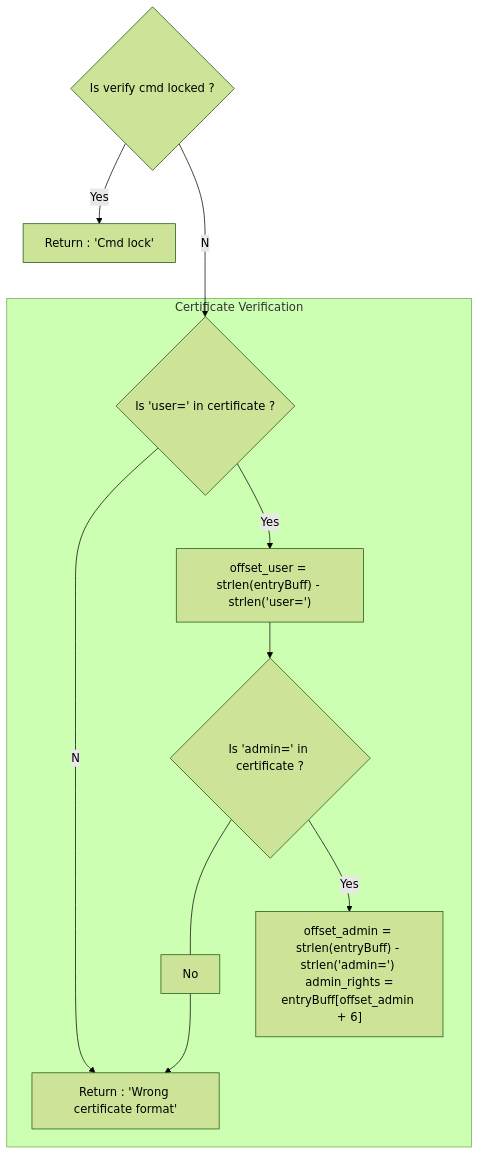
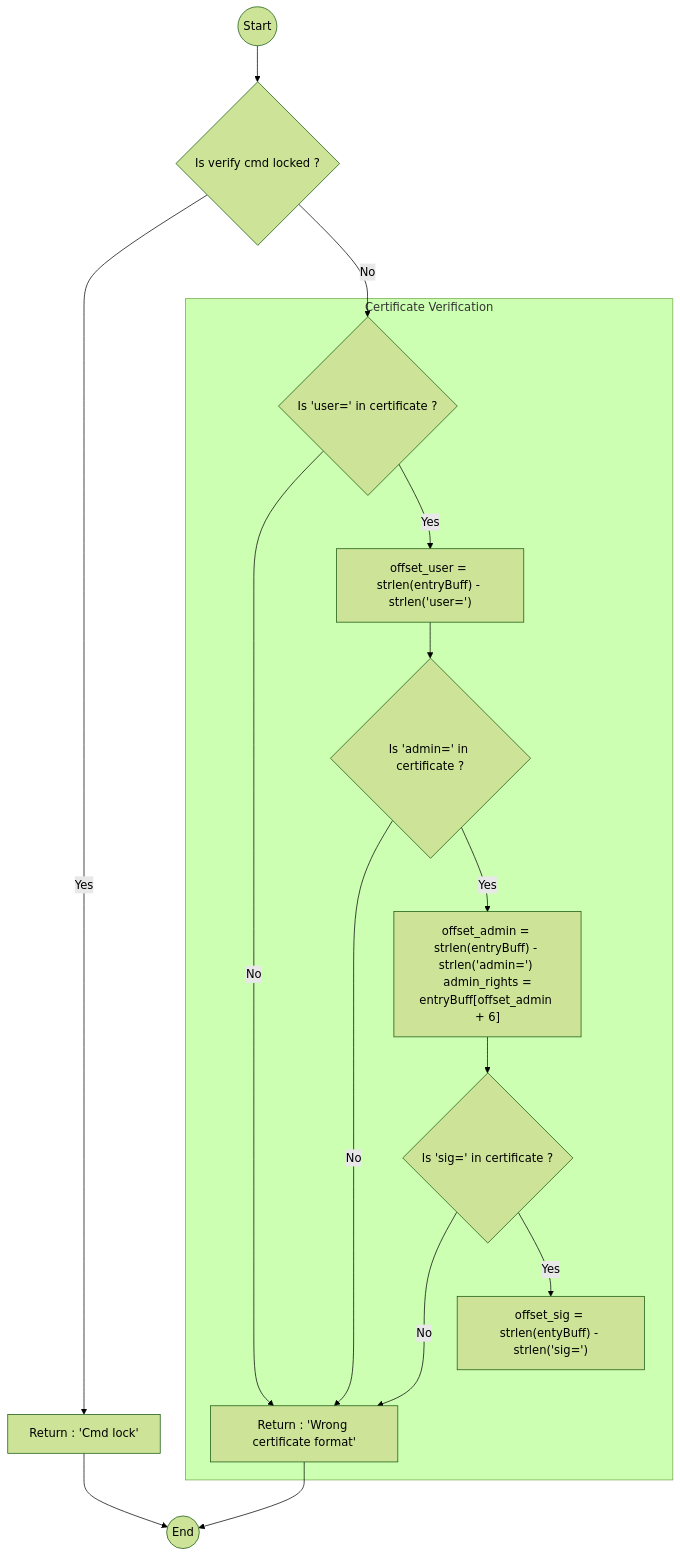
Before and after one commit to younrx/CTF_Irek1: the diagram in README.md, drawn with Mermaid (forest theme).

````diff
--- a/README.md
+++ b/README.md
@@ -180,25 +180,35 @@
 ```mermaid
 flowchart TD
+  Start((Start))
   %% ----- MAIN CHECK -----
   %% Boxes
   VerifyCmdCheck{"Is verify cmd locked ?"}
-  PrintVerifyCmdIsLocked["Return : 'Cmd lock'"]
+  PrintCmdIsLocked["Return : 'Cmd lock'"]
   %% Links
-  VerifyCmdCheck --Yes--> PrintVerifyCmdIsLocked
-  VerifyCmdCheck --No--> CheckSubstrUsr
+  Start --> VerifyCmdCheck
+  VerifyCmdCheck -->|Yes| PrintCmdIsLocked
+  VerifyCmdCheck -->|No| CheckSubstrUsr
 
   %% ----- CERTIFICATE VERIFICATION -----
   subgraph Certificate Verification
   %% Boxes
   CheckSubstrUsr{"Is 'user=' in certificate ?"}
   SaveOfstUsr["offset_user = strlen(entryBuff) - strlen('user=')"]
   CheckSubstrAdm{"Is 'admin=' in certificate ?"}
   SaveOfstAdm["offset_admin = strlen(entryBuff) - strlen('admin=') \n admin_rights = entryBuff[offset_admin + 6]"]
+  CheckSubstrSig{"Is 'sig=' in certificate ?"}
+  SaveOfstSig["offset_sig = strlen(entyBuff) - strlen('sig=')"]
   PrintWrCertFormat["Return : 'Wrong certificate format'"]
   %% Links
-  CheckSubstrUsr --No--> PrintWrCertFormat
-  CheckSubstrUsr --Yes--> SaveOfstUsr --> CheckSubstrAdm
-  CheckSubstrAdm ---No--> PrintWrCertFormat
-  CheckSubstrAdm --Yes--> SaveOfstAdm
+  CheckSubstrUsr -->|No| PrintWrCertFormat
+  CheckSubstrUsr -->|Yes| SaveOfstUsr --> CheckSubstrAdm
+  CheckSubstrAdm -->|No| PrintWrCertFormat
+  CheckSubstrAdm -->|Yes| SaveOfstAdm --> CheckSubstrSig
+  CheckSubstrSig --->|No| PrintWrCertFormat
+  CheckSubstrSig -->|Yes| SaveOfstSig
   end
+
+  End((End))
+  PrintCmdIsLocked --> End
+  PrintWrCertFormat --> End
 ```
````
